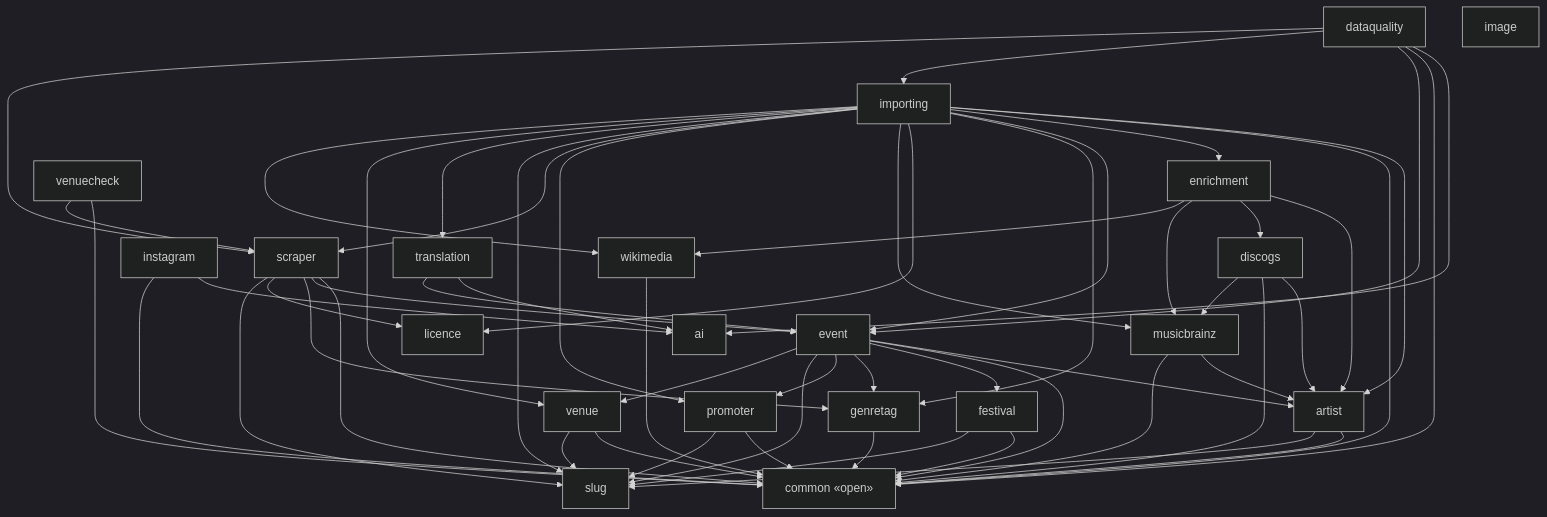
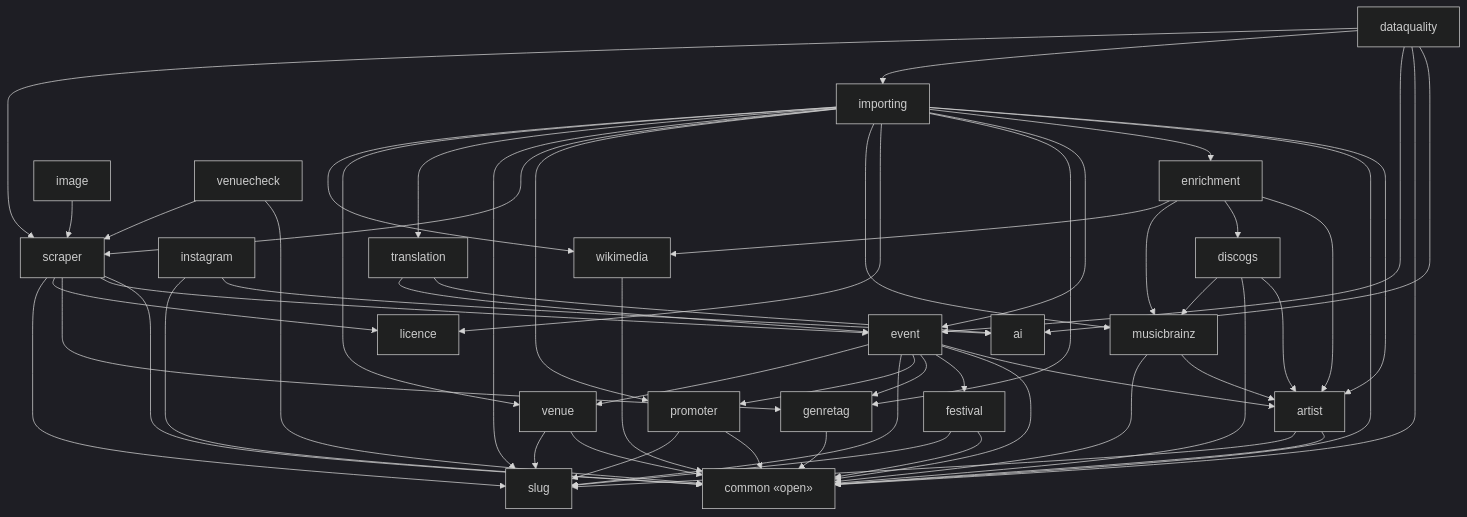
The diagram in docs/architecture/modules-events-importer.md (enorm-labs/event-junkie), drawn with Mermaid (dark theme) before and after one commit. The commit also changed 10 other files, not shown here.

````diff
--- a/docs/architecture/modules-events-importer.md
+++ b/docs/architecture/modules-events-importer.md
@@ -9,80 +9,81 @@
 ```mermaid
 flowchart TD
     ai["ai"]
     artist["artist"]
     common["common «open»"]
     dataquality["dataquality"]
     discogs["discogs"]
     enrichment["enrichment"]
     event["event"]
     festival["festival"]
     genretag["genretag"]
     image["image"]
     importing["importing"]
     instagram["instagram"]
     licence["licence"]
     musicbrainz["musicbrainz"]
     promoter["promoter"]
     scraper["scraper"]
     slug["slug"]
     translation["translation"]
     venue["venue"]
     venuecheck["venuecheck"]
     wikimedia["wikimedia"]
 
     artist --> common
     artist --> slug
     dataquality --> ai
     dataquality --> common
     dataquality --> event
     dataquality --> importing
     dataquality --> scraper
     discogs --> artist
     discogs --> common
     discogs --> musicbrainz
     enrichment --> artist
     enrichment --> discogs
     enrichment --> musicbrainz
     enrichment --> wikimedia
     event --> artist
     event --> common
     event --> festival
     event --> genretag
     event --> promoter
     event --> slug
     event --> venue
     festival --> common
     festival --> slug
     genretag --> common
+    image --> scraper
     importing --> artist
     importing --> common
     importing --> enrichment
     importing --> event
     importing --> genretag
     importing --> licence
     importing --> musicbrainz
     importing --> promoter
     importing --> scraper
     importing --> slug
     importing --> translation
     importing --> venue
     importing --> wikimedia
     instagram --> ai
     instagram --> common
     musicbrainz --> artist
     musicbrainz --> common
     promoter --> common
     promoter --> slug
     scraper --> common
     scraper --> event
     scraper --> genretag
     scraper --> licence
     scraper --> slug
     translation --> ai
     translation --> event
     venue --> common
     venue --> slug
     venuecheck --> common
     venuecheck --> scraper
     wikimedia --> common
 ```
````
